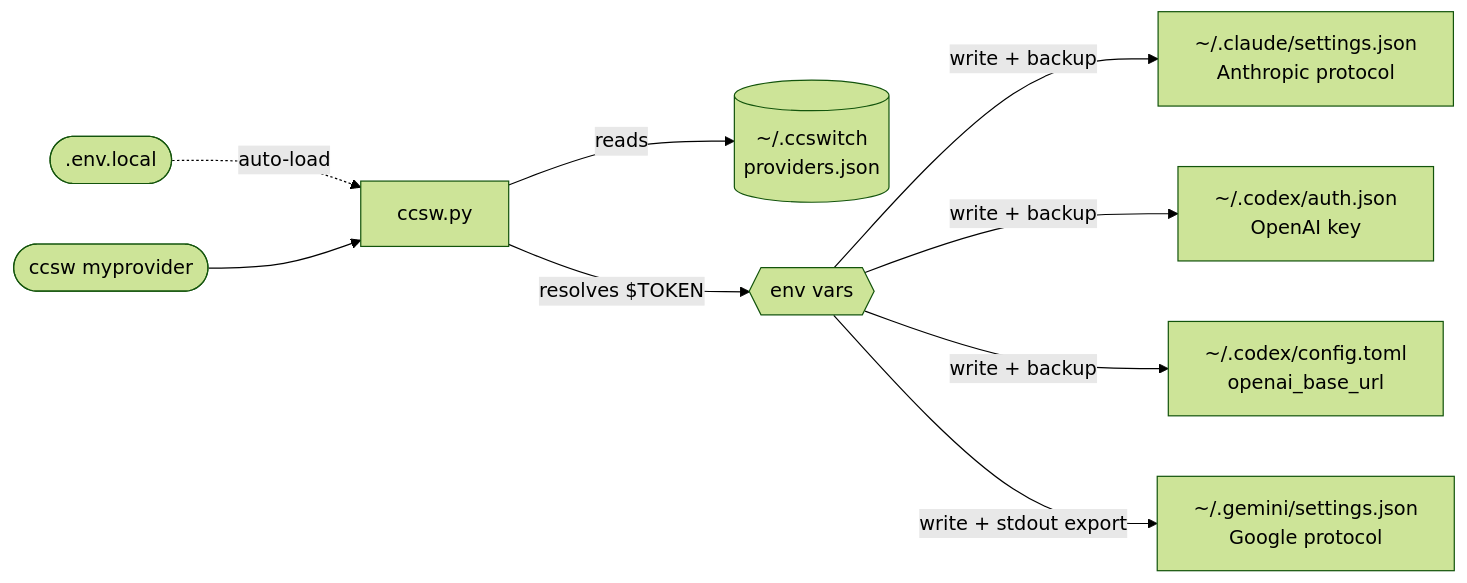
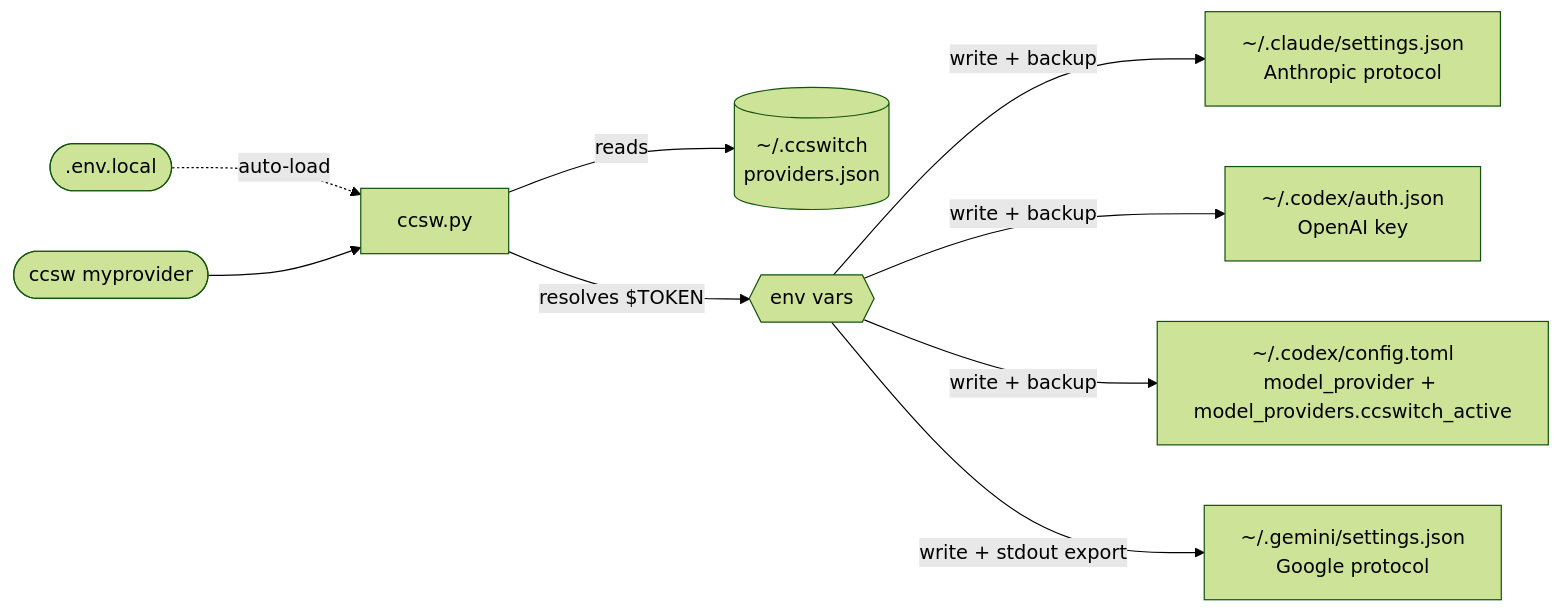
One commit to Boulea7/ccswitch-terminal changed the diagram in README_EN.md. Above: the diagram before and after it, drawn with Mermaid (forest theme). The commit also changed other lines of this file and 5 other files, not shown here.

Commit message:
fix: use custom codex provider for http-only relays

````diff
--- a/README_EN.md
+++ b/README_EN.md
@@ -278,11 +305,11 @@
 ```mermaid
 flowchart LR
     L([".env.local"]) -. "auto-load" .-> P
     U(["ccsw myprovider"]) --> P["ccsw.py"]
     P -- "reads" --> DB[("~/.ccswitch\nproviders.json")]
     P -- "resolves $TOKEN" --> E{{"env vars"}}
     E -- "write + backup" --> C["~/.claude/settings.json\nAnthropic protocol"]
     E -- "write + backup" --> X["~/.codex/auth.json\nOpenAI key"]
-    E -- "write + backup" --> T["~/.codex/config.toml\nopenai_base_url"]
+    E -- "write + backup" --> T["~/.codex/config.toml\nmodel_provider + model_providers.ccswitch_active"]
     E -- "write + stdout export" --> G["~/.gemini/settings.json\nGoogle protocol"]
 ```
````
